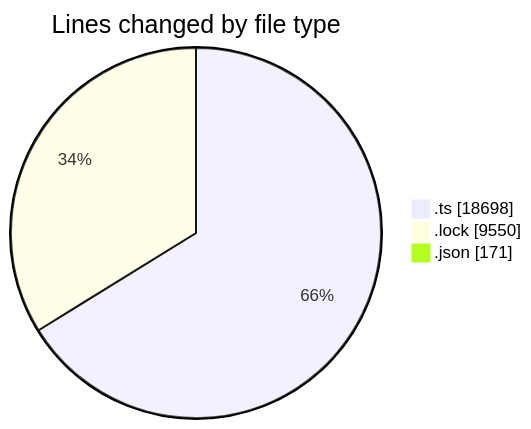
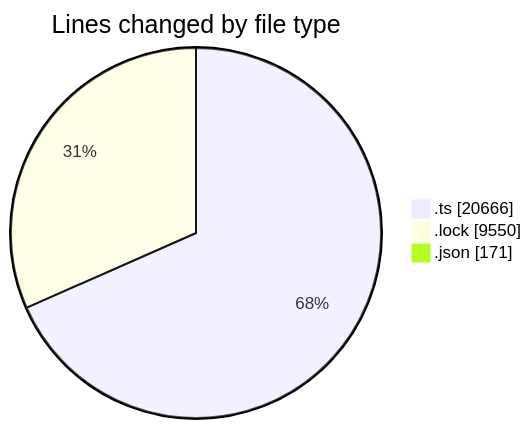
Before and after one commit to momahboobian/code-tracking: the first of 2 diagrams in 2025-10-30/cda/README.md, drawn with Mermaid. The commit also changed other lines of this file and 1 other file, not shown here.

````diff
--- a/2025-10-30/cda/README.md
+++ b/2025-10-30/cda/README.md
@@ -29,7 +29,7 @@
 ```mermaid
 pie showData
 title Lines changed by file type
-".ts" : 18698
+".ts" : 20666
 ".lock" : 9550
 ".json" : 171
 ```
````
